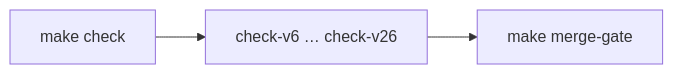
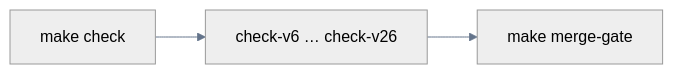
Before and after one commit to spektre-labs/creation-os: the second of 6 diagrams in README.md, drawn with Mermaid. The commit also changed other lines of this file and 3 other files, not shown here.

First line of the commit message:
docs: README visual polish, FIG 09 dark mode, banner telemetry fix

````diff
--- a/README.md
+++ b/README.md
@@ -82,5 +84,6 @@
 ```mermaid
+%%{init: {'theme':'neutral', 'themeVariables': {'primaryColor':'#e2e8f0','primaryTextColor':'#0f172a','lineColor':'#64748b'}}}%%
 flowchart LR
   C["make check"] --> M["check-v6 … check-v26"]
   M --> G["make merge-gate"]
 ```
````
